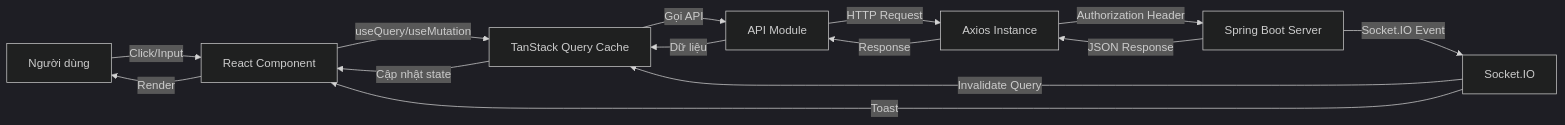
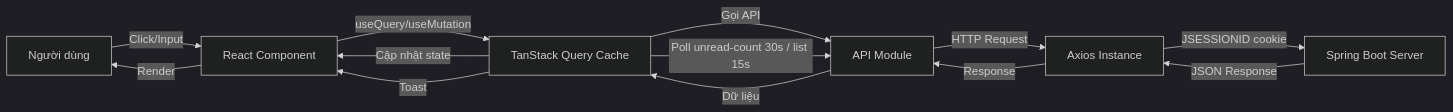
The third of 24 diagrams in docs/SDD.md (nghiaxh/hr-management), drawn with Mermaid (dark theme) before and after one commit. The commit also changed other lines of this file and 8 other files, not shown here.

````diff
--- a/docs/SDD.md
+++ b/docs/SDD.md
@@ -336,13 +317,12 @@
 ```mermaid
 graph LR
     USER[Người dùng] -->|Click/Input| COMP[React Component]
     COMP -->|useQuery/useMutation| QUERY[TanStack Query Cache]
     QUERY -->|Gọi API| API[API Module]
     API -->|HTTP Request| AXI[Axios Instance]
-    AXI -->|Authorization Header| SERVER[Spring Boot Server]
+    AXI -->|JSESSIONID cookie| SERVER[Spring Boot Server]
     SERVER -->|JSON Response| AXI -->|Response| API
     API -->|Dữ liệu| QUERY -->|Cập nhật state| COMP -->|Render| USER
-    SERVER -->|Socket.IO Event| SOCK[Socket.IO]
-    SOCK -->|Invalidate Query| QUERY
-    SOCK -->|Toast| COMP
+    QUERY -->|Poll unread-count 30s / list 15s| API
+    QUERY -->|Toast| COMP
 ```
````
